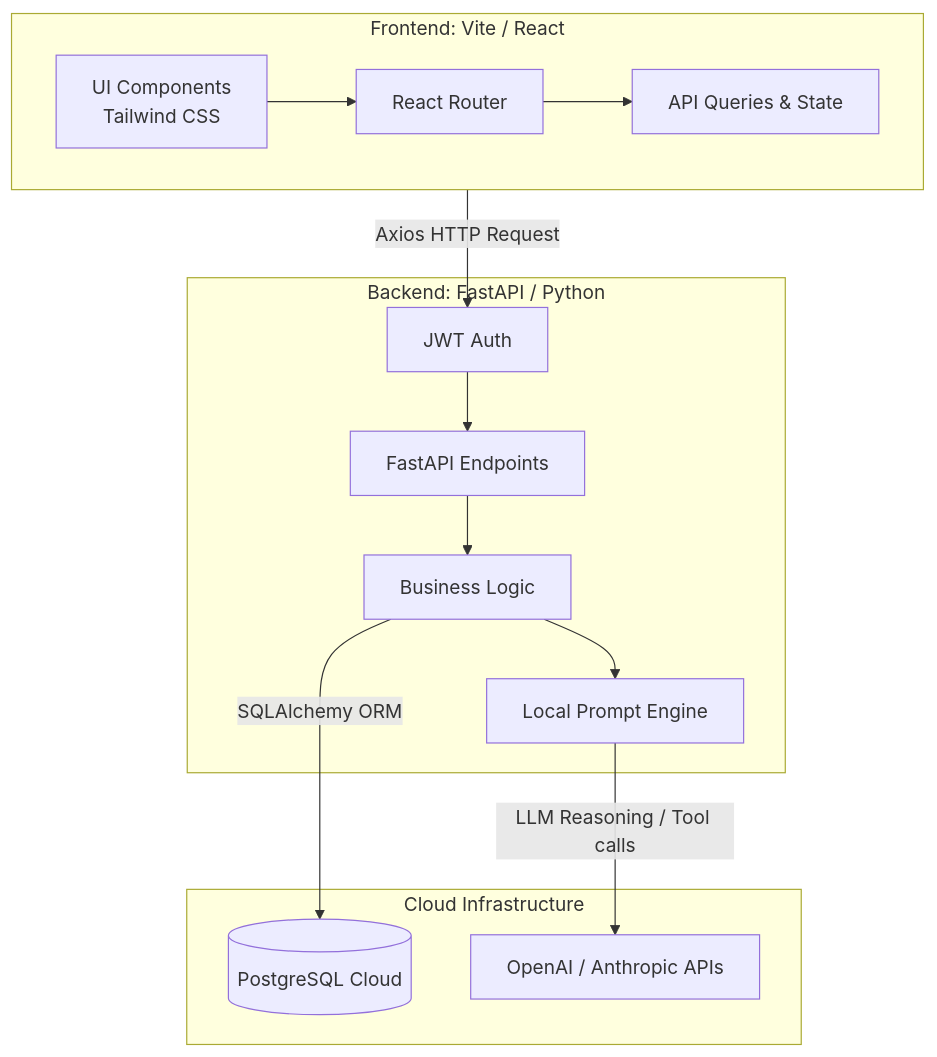
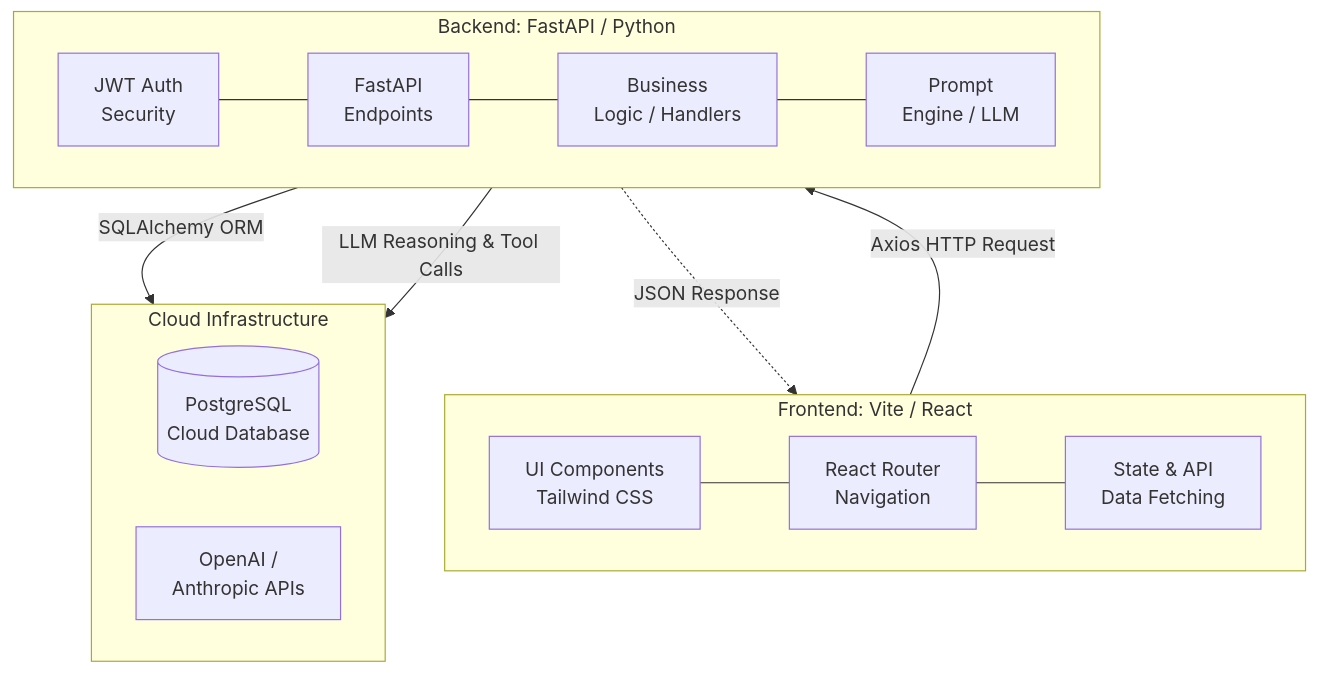
One commit to MelanieLLY/LearnMateAI changed the diagram in README.md. Above: the diagram before and after it, drawn with Mermaid. The commit also changed other lines of this file and 13 other files, not shown here.

Commit message:
chore: update architecture diagram and cleanup

````diff
--- a/README.md
+++ b/README.md
@@ -63,26 +67,30 @@
 ```mermaid
 graph TD
     %% Client and UI Layer
     subgraph Client [Frontend: Vite / React]
-        UI[UI Components<br/>Tailwind CSS] --> Router[React Router]
-        Router --> APIStore[API Queries & State]
+        direction LR
+        UI[UI Components<br/>Tailwind CSS] --- Router[React Router<br/>Navigation]
+        Router --- APIStore[State & API<br/>Data Fetching]
     end
 
     %% Backend and API Layer
     subgraph Server [Backend: FastAPI / Python]
-        Security[JWT Auth] --> API[FastAPI Endpoints]
-        API --> Handlers[Business Logic]
-        Handlers --> Prompt[Local Prompt Engine]
+        direction LR
+        Security[JWT Auth<br/>Security] --- API[FastAPI<br/>Endpoints]
+        API --- Handlers[Business<br/>Logic / Handlers]
+        Handlers --- Prompt[Prompt<br/>Engine / LLM]
     end
 
     %% Infrastructure & LLM Integration
     subgraph Infrastructure [Cloud Infrastructure]
-        DB[(PostgreSQL Cloud)]
-        LLM[OpenAI / Anthropic APIs]
+        direction LR
+        DB[(PostgreSQL<br/>Cloud Database)]
+        LLM[OpenAI /<br/>Anthropic APIs]
     end
 
     %% Relations
-    Client -- "Axios HTTP Request" --> Security
+    APIStore -- "Axios HTTP Request" --> API
+    API -. "JSON Response" .-> APIStore
     Handlers -- "SQLAlchemy ORM" --> DB
-    Prompt -- "LLM Reasoning / Tool calls" --> LLM
+    Prompt -- "LLM Reasoning & Tool Calls" --> LLM
 ```
````
